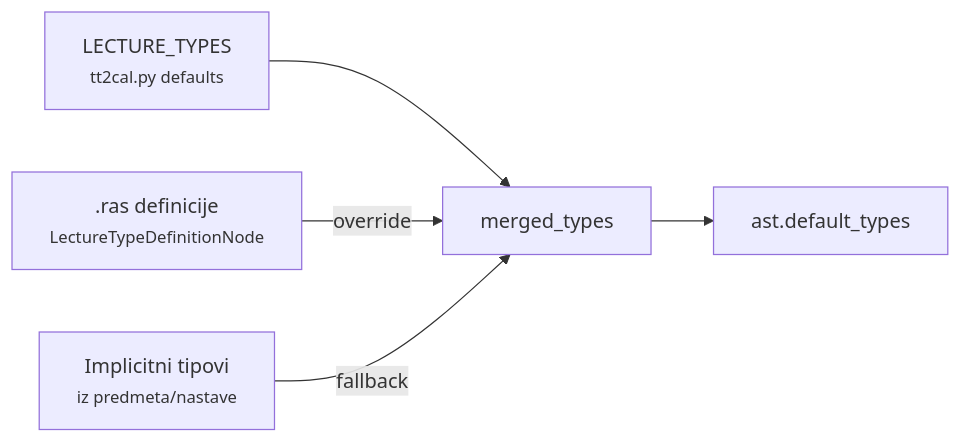
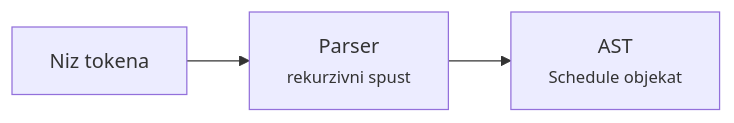
One commit to ezajko/tt2gwscal-sync changed the second of 8 diagrams in discussion.md. Above: the diagram before and after it, drawn with Mermaid. The commit also changed other lines of this file, not shown here.

````diff
--- a/discussion.md
+++ b/discussion.md
@@ -574,7 +338,5 @@
 ```mermaid
 graph LR
-    A["LECTURE_TYPES<br/><small>tt2cal.py defaults</small>"] --> D["merged_types"]
-    B[".ras definicije<br/><small>LectureTypeDefinitionNode</small>"] -->|"override"| D
-    C["Implicitni tipovi<br/><small>iz predmeta/nastave</small>"] -->|"fallback"| D
-    D --> E["ast.default_types"]
+    A["Niz tokena"] --> B["Parser<br/><small>rekurzivni spust</small>"]
+    B --> C["AST<br/><small>Schedule objekat</small>"]
 ```
````
